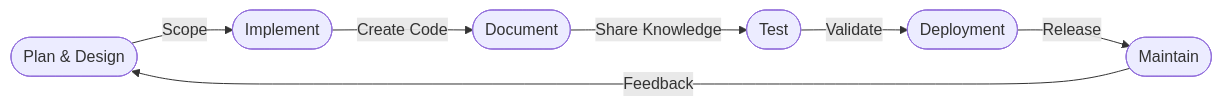
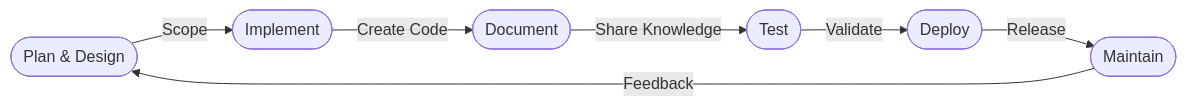
Before and after one commit to OpenStackKen/genestack: the diagram in docs/content/design-guide/sdlc.md, drawn with Mermaid. The commit also changed other lines of this file and 11 other files, not shown here.

````diff
--- a/docs/content/design-guide/sdlc.md
+++ b/docs/content/design-guide/sdlc.md
@@ -5,16 +5,16 @@
 ``` mermaid
 flowchart LR
     PD([Plan & Design])
     IMP([Implement])
     DOC([Document])
     TST([Test])
-    DEP([Deployment])
+    DEP([Deploy])
     MTN([Maintain])
 
     PD  -->|Scope| IMP
     IMP -->|Create Code| DOC
     DOC -->|Share Knowledge| TST
     TST -->|Validate| DEP
     DEP -->|Release| MTN
     MTN -->|Feedback| PD
 ```
````
